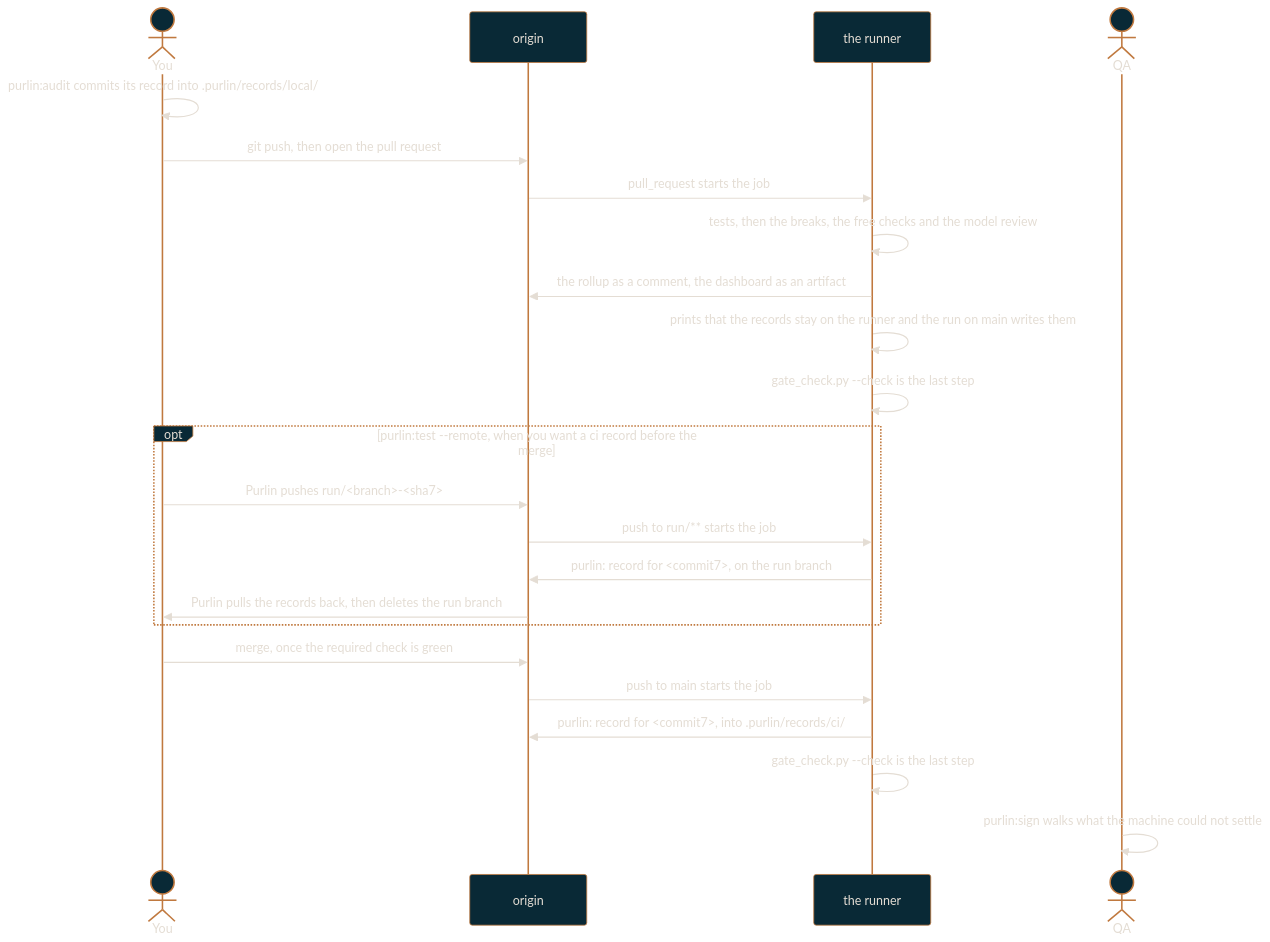
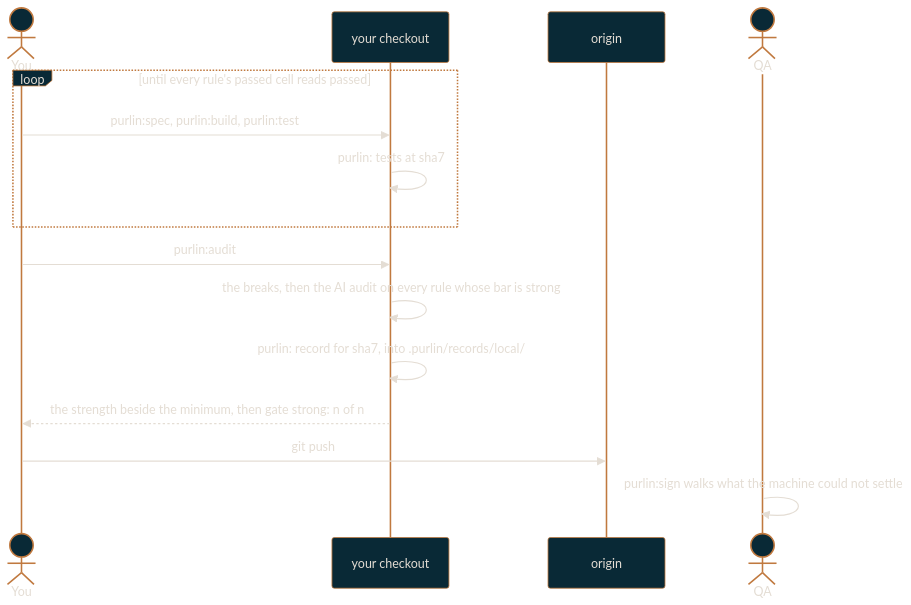
Before and after one commit to rlabarca/purlin: the diagram in docs/team-workflow.md, drawn with Mermaid. The commit also changed other lines of this file and 13 other files, not shown here.

First line of the commit message:
docs: the pages say the loop is local, tags are the marker, push is free

````diff
--- a/docs/team-workflow.md
+++ b/docs/team-workflow.md
@@ -38,26 +33,18 @@
 ```mermaid
 %%{init: {"theme": "base", "themeVariables": {"background": "#0C3444", "primaryColor": "#092936", "primaryTextColor": "#E4DDD4", "primaryBorderColor": "#C0793F", "lineColor": "#C0793F", "secondaryColor": "#0C3444", "tertiaryColor": "#092936", "fontFamily": "Arial", "textColor": "#E4DDD4"}}}%%
 sequenceDiagram
     actor You
+    participant Tree as your checkout
     participant Origin as origin
-    participant CI as the runner
     actor QA
-    You->>You: purlin:audit commits its record into .purlin/records/local/
-    You->>Origin: git push, then open the pull request
-    Origin->>CI: pull_request starts the job
-    CI->>CI: tests, then the breaks, the free checks and the model review
-    CI->>Origin: the rollup as a comment, the dashboard as an artifact
-    CI->>CI: prints that the records stay on the runner and the run on main writes them
-    CI->>CI: gate_check.py --check is the last step
-    opt purlin:test --remote, when you want a ci record before the merge
-        You->>Origin: Purlin pushes run/<branch>-<sha7>
-        Origin->>CI: push to run/** starts the job
-        CI->>Origin: purlin: record for <commit7>, on the run branch
-        Origin->>You: Purlin pulls the records back, then deletes the run branch
+    loop until every rule's passed cell reads passed
+        You->>Tree: purlin:spec, purlin:build, purlin:test
+        Tree->>Tree: purlin: tests at sha7
     end
-    You->>Origin: merge, once the required check is green
-    Origin->>CI: push to main starts the job
-    CI->>Origin: purlin: record for <commit7>, into .purlin/records/ci/
-    CI->>CI: gate_check.py --check is the last step
+    You->>Tree: purlin:audit
+    Tree->>Tree: the breaks, then the AI audit on every rule whose bar is strong
+    Tree->>Tree: purlin: record for sha7, into .purlin/records/local/
+    Tree-->>You: the strength beside the minimum, then gate strong: n of n
+    You->>Origin: git push
     QA->>QA: purlin:sign walks what the machine could not settle
 ```
````
